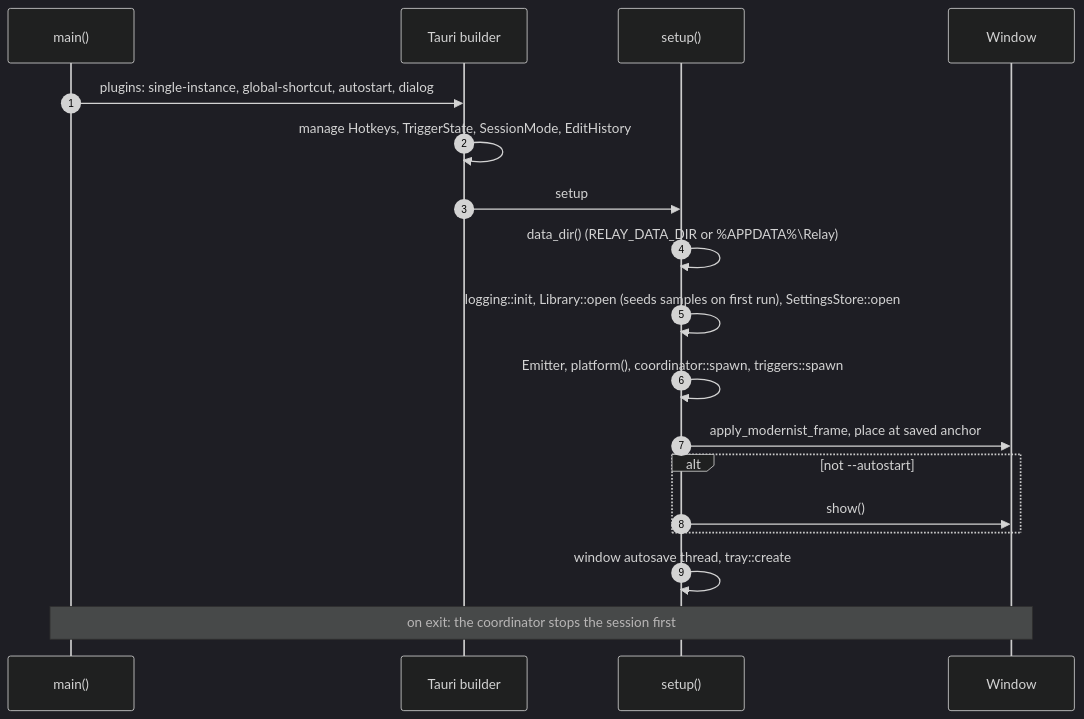
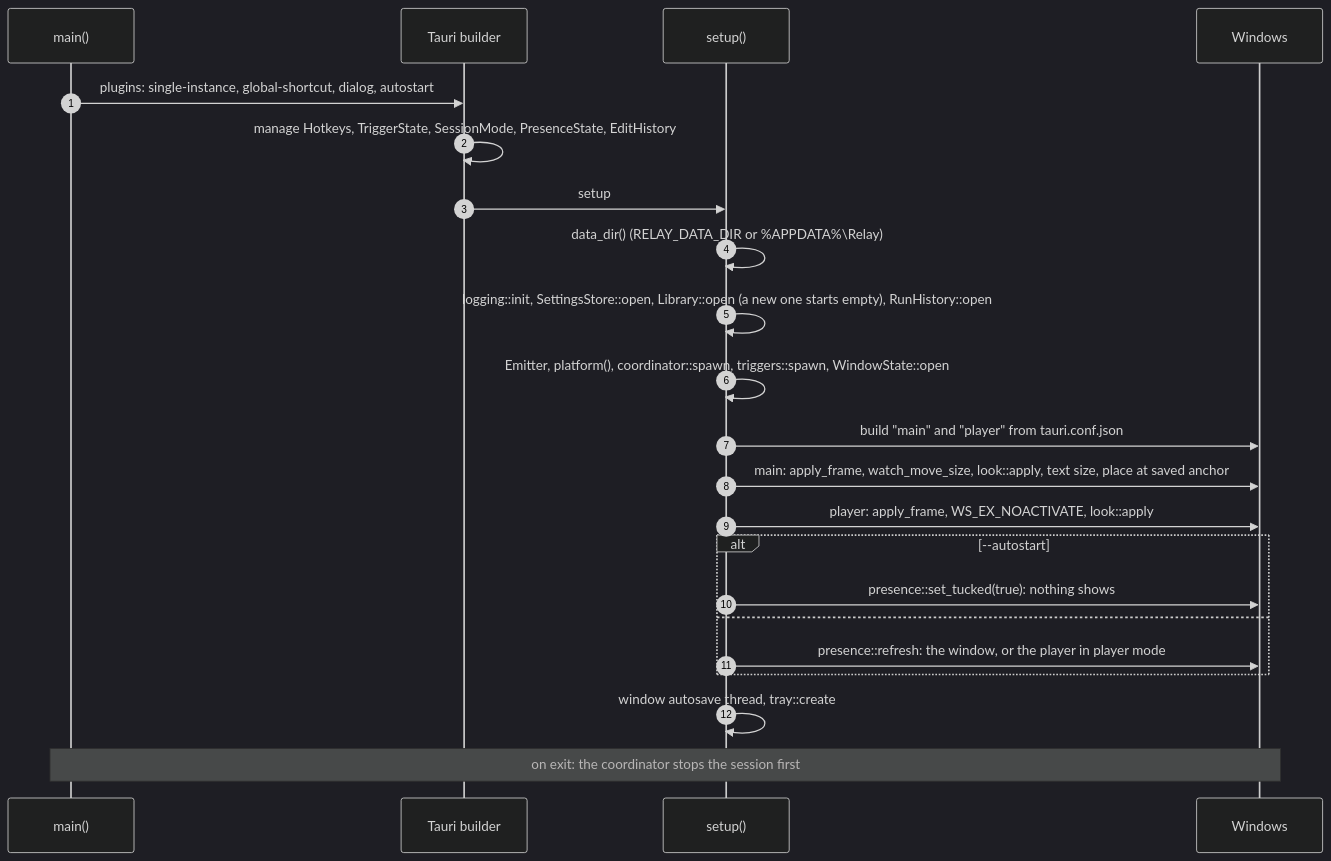
One commit to HappyRave/Relay changed the first of 2 diagrams in docs/engineering/app.md. Above: the diagram before and after it, drawn with Mermaid (dark theme). The commit also changed other lines of this file and 41 other files, not shown here.

````diff
--- a/docs/engineering/app.md
+++ b/docs/engineering/app.md
@@ -39,20 +49,24 @@
 ```mermaid
 sequenceDiagram
     autonumber
     participant M as main()
     participant T as Tauri builder
     participant S as setup()
-    participant W as Window
-    M->>T: plugins: single-instance, global-shortcut, autostart, dialog
-    T->>T: manage Hotkeys, TriggerState, SessionMode, EditHistory
+    participant W as Windows
+    M->>T: plugins: single-instance, global-shortcut, dialog, autostart
+    T->>T: manage Hotkeys, TriggerState, SessionMode, PresenceState, EditHistory
     T->>S: setup
     S->>S: data_dir() (RELAY_DATA_DIR or %APPDATA%\Relay)
-    S->>S: logging::init, Library::open (seeds samples on first run), SettingsStore::open
-    S->>S: Emitter, platform(), coordinator::spawn, triggers::spawn
-    S->>W: apply_modernist_frame, place at saved anchor
-    alt not --autostart
-        S->>W: show()
+    S->>S: logging::init, SettingsStore::open, Library::open (a new one starts empty), RunHistory::open
+    S->>S: Emitter, platform(), coordinator::spawn, triggers::spawn, WindowState::open
+    S->>W: build "main" and "player" from tauri.conf.json
+    S->>W: main: apply_frame, watch_move_size, look::apply, text size, place at saved anchor
+    S->>W: player: apply_frame, WS_EX_NOACTIVATE, look::apply
+    alt --autostart
+        S->>W: presence::set_tucked(true): nothing shows
+    else
+        S->>W: presence::refresh: the window, or the player in player mode
     end
     S->>S: window autosave thread, tray::create
     Note over M,W: on exit: the coordinator stops the session first
 ```
````
